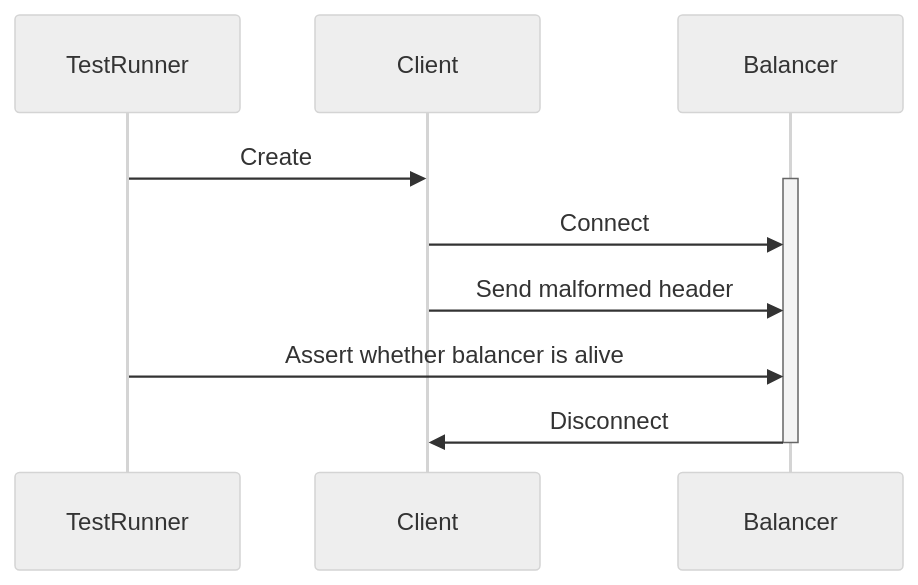
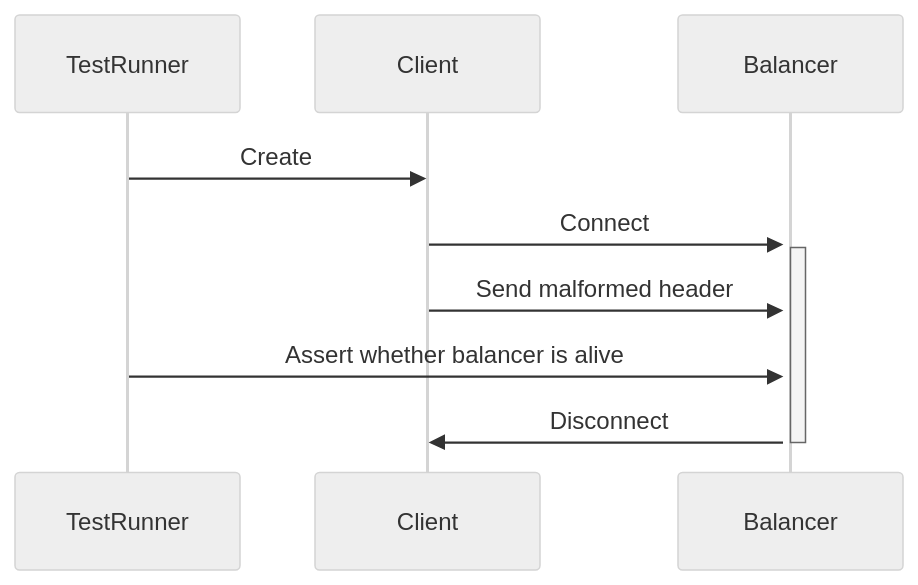
One commit to dyc3/senior-design changed the diagram in figures/malformed-websocket-test-sequence.mmd. Above: the diagram before and after it, drawn with Mermaid (neutral theme). The commit also changed 2 other files, not shown here.

```diff
--- a/figures/malformed-websocket-test-sequence.mmd
+++ b/figures/malformed-websocket-test-sequence.mmd
@@ -1,8 +1,8 @@
 sequenceDiagram
     TestRunner ->> Client : Create
     activate Balancer
-    Client ->> Balancer : Connect
+    Client ->>+ Balancer : Connect
     Client ->> Balancer : Send malformed header
     TestRunner ->> Balancer : Assert whether balancer is alive
     Balancer ->> Client : Disconnect
     deactivate Balancer
```
